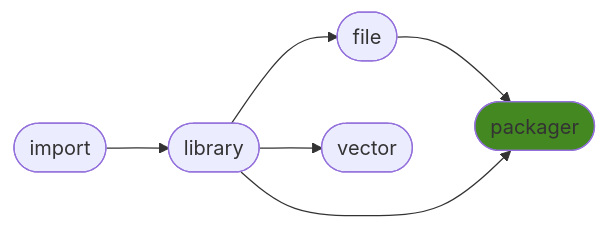
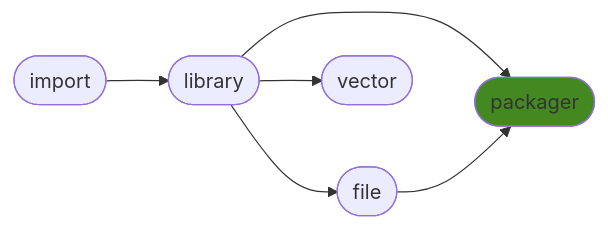
The diagram in README.md (ManderaGeneral/generalpackager), drawn with Mermaid before and after one commit. The commit also changed other lines of this file, not shown here.

````diff
--- a/README.md
+++ b/README.md
@@ -16,14 +16,14 @@
 ```mermaid
 flowchart LR
+0([import]) --> 1([library])
+1([library]) --> 4([packager])
+1([library]) --> 3([vector])
+1([library]) --> 2([file])
 2([file]) --> 4([packager])
-0([import]) --> 1([library])
-1([library]) --> 2([file])
-1([library]) --> 3([vector])
-1([library]) --> 4([packager])
 click 0 "https://github.com/ManderaGeneral/generalimport"
 click 1 "https://github.com/ManderaGeneral/generallibrary"
 click 2 "https://github.com/ManderaGeneral/generalfile"
 click 3 "https://github.com/ManderaGeneral/generalvector"
 click 4 "https://github.com/ManderaGeneral/generalpackager"
 style 4 fill:#482
 ```
````
